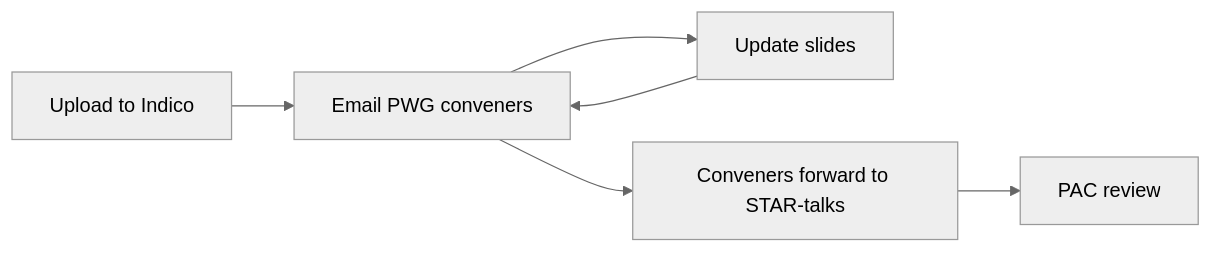
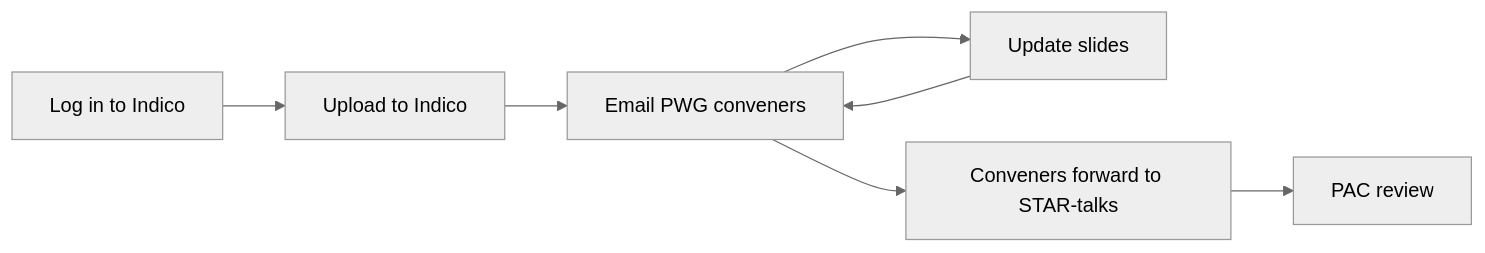
One commit to star-juniors/star-juniors.github.io changed the second of 2 diagrams in docs/drupal_indico.md. Above: the diagram before and after it, drawn with Mermaid (neutral theme). The commit also changed other lines of this file and 6 other files, not shown here.

````diff
--- a/docs/drupal_indico.md
+++ b/docs/drupal_indico.md
@@ -103,8 +103,9 @@
 ```mermaid
 flowchart LR
+    L[Log in to Indico] --> A
     A[Upload to Indico] --> B[Email PWG conveners]
     B --> C[Update slides]
     C --> B
     B --> D[Conveners forward to STAR-talks]
     D --> E[PAC review]
 ```
````
